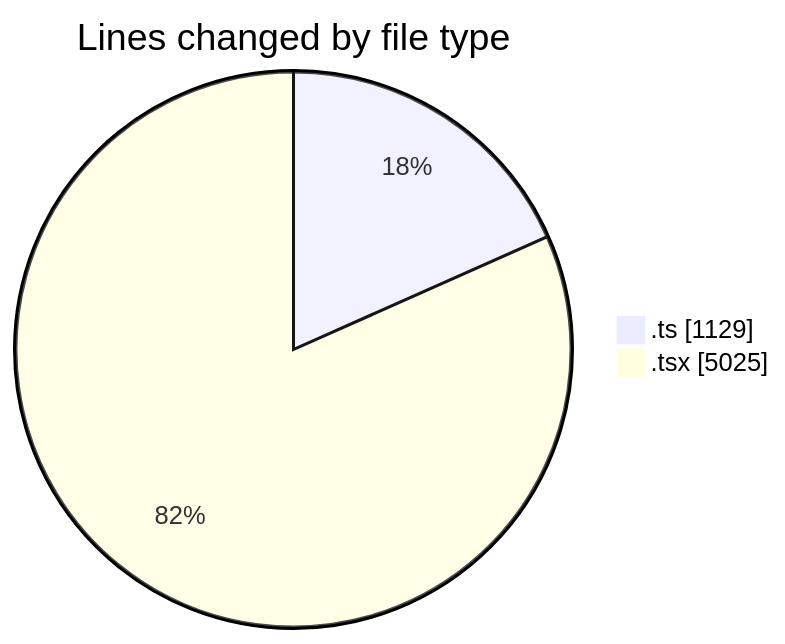
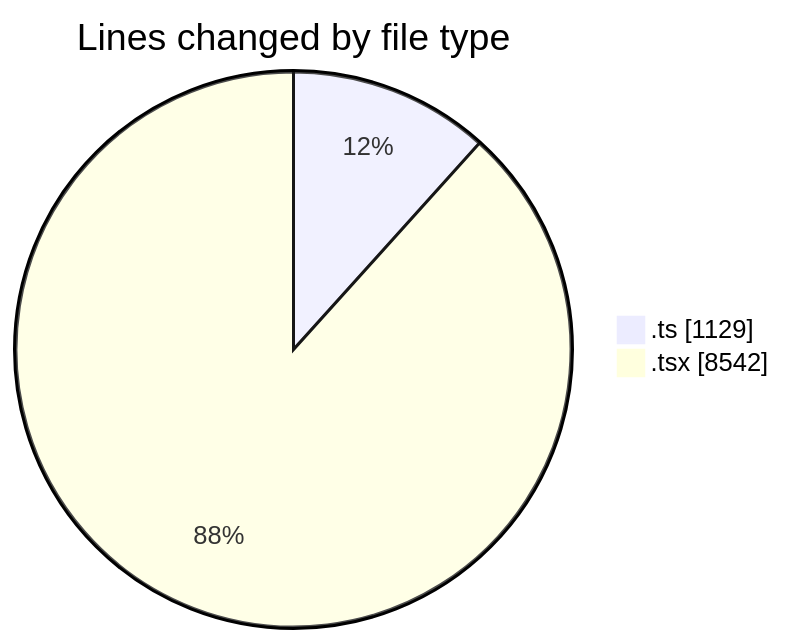
Before and after one commit to momahboobian/code-tracking: the first of 2 diagrams in 2025-09-02/cda/README.md, drawn with Mermaid. The commit also changed other lines of this file and 1 other file, not shown here.

````diff
--- a/2025-09-02/cda/README.md
+++ b/2025-09-02/cda/README.md
@@ -30,6 +30,6 @@
 ```mermaid
 pie showData
 title Lines changed by file type
 ".ts" : 1129
-".tsx" : 5025
+".tsx" : 8542
 ```
````
